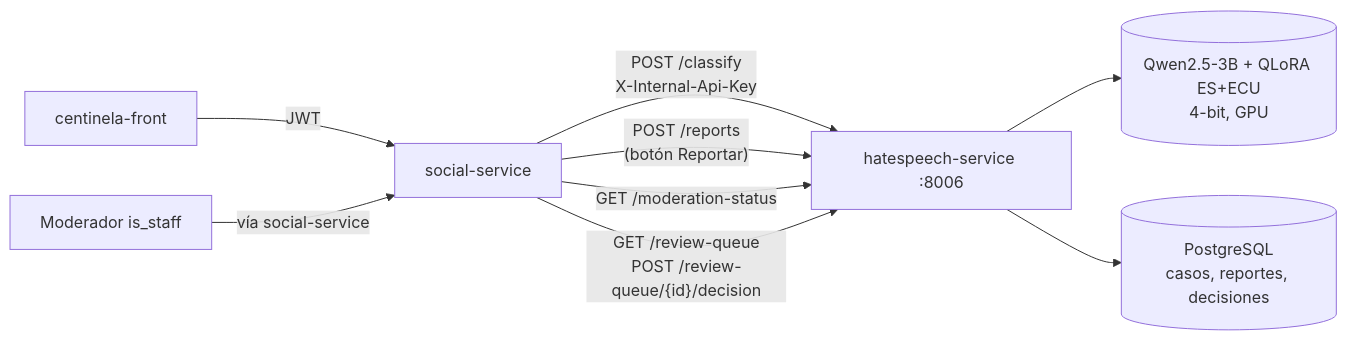
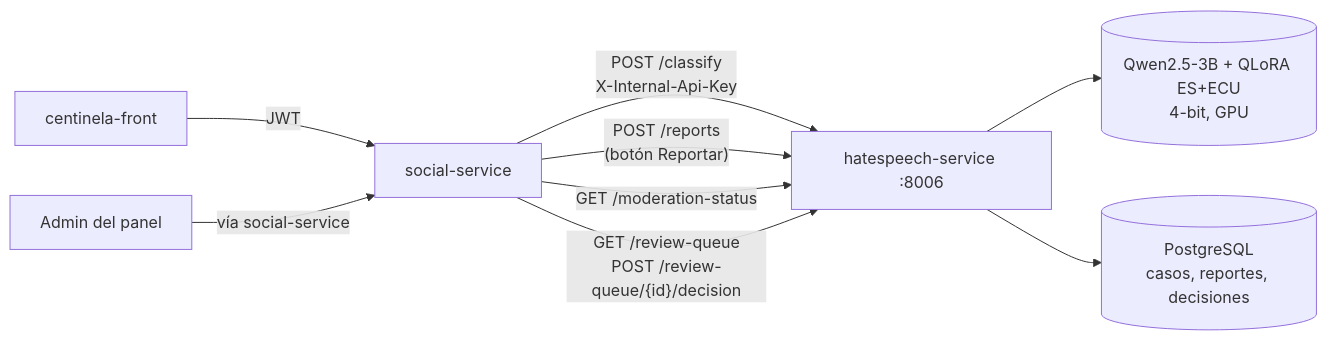
One commit to PlataformaIntegradaInvestigadores/hatespeech-service changed the first of 2 diagrams in README.md. Above: the diagram before and after it, drawn with Mermaid. The commit also changed other lines of this file and 9 other files, not shown here.

````diff
--- a/README.md
+++ b/README.md
@@ -23,11 +23,11 @@
 ```mermaid
 flowchart LR
     FE[centinela-front] -->|JWT| SOC[social-service]
     SOC -->|"POST /classify<br/>X-Internal-Api-Key"| HS[hatespeech-service :8006]
     SOC -->|"POST /reports<br/>(botón Reportar)"| HS
     SOC -->|"GET /moderation-status"| HS
-    MOD[Moderador is_staff] -->|vía social-service| SOC
+    MOD[Admin del panel] -->|vía social-service| SOC
     SOC -->|"GET /review-queue<br/>POST /review-queue/{id}/decision"| HS
     HS --> M[(Qwen2.5-3B + QLoRA ES+ECU<br/>4-bit, GPU)]
     HS --> DB[(PostgreSQL<br/>casos, reportes, decisiones)]
 ```
````
